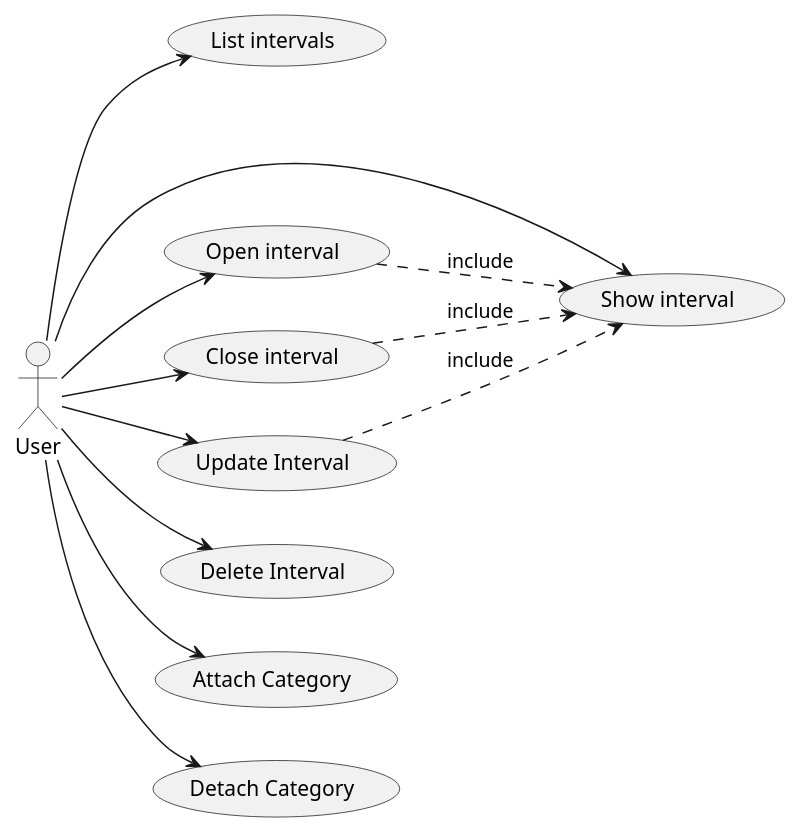
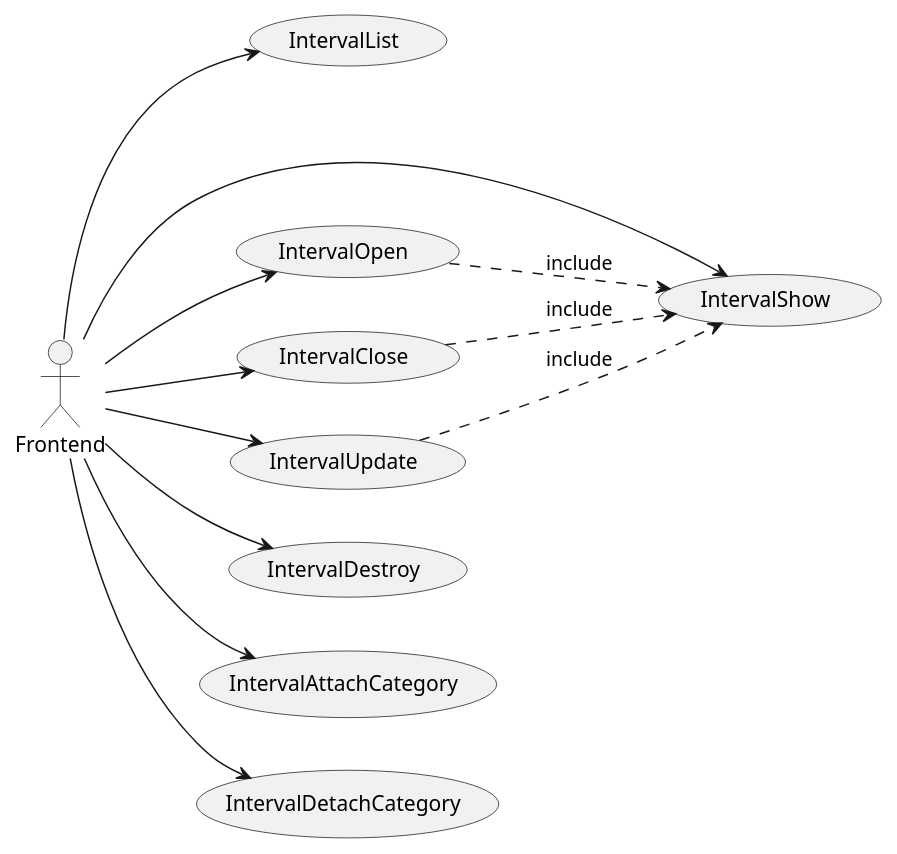
The diagram in docs/src/interval-usecases.plantuml (EscuelaIt/time-register), drawn with PlantUML before and after one commit. The commit also changed 4 other files, not shown here.

Commit message:
Actualizar diagramas de casos de uso

```diff
--- a/docs/src/interval-usecases.plantuml
+++ b/docs/src/interval-usecases.plantuml
@@ -1,26 +1,26 @@
 @startuml
 left to right direction
 
-actor User
-usecase "List intervals" as List
-usecase "Show interval" as Show
-usecase "Open interval" as Open
-usecase "Close interval" as Close
-usecase "Update Interval" as Update
-usecase "Delete Interval" as Delete
-usecase "Attach Category" as Attach
-usecase "Detach Category" as Detach
+actor Frontend
+usecase "IntervalList" as List
+usecase "IntervalShow" as Show
+usecase "IntervalOpen" as Open
+usecase "IntervalClose" as Close
+usecase "IntervalUpdate" as Update
+usecase "IntervalDestroy" as Delete
+usecase "IntervalAttachCategory" as Attach
+usecase "IntervalDetachCategory" as Detach
 
-User --> List
-User --> Show 
-User --> Open
-User --> Close
-User --> Update
-User --> Delete
-User --> Attach
-User --> Detach
+Frontend --> List
+Frontend --> Show 
+Frontend --> Open
+Frontend --> Close
+Frontend --> Update
+Frontend --> Delete
+Frontend --> Attach
+Frontend --> Detach
 
 Open ..> Show: include
 Close ..> Show: include
 Update ..> Show: include
 @enduml
```
